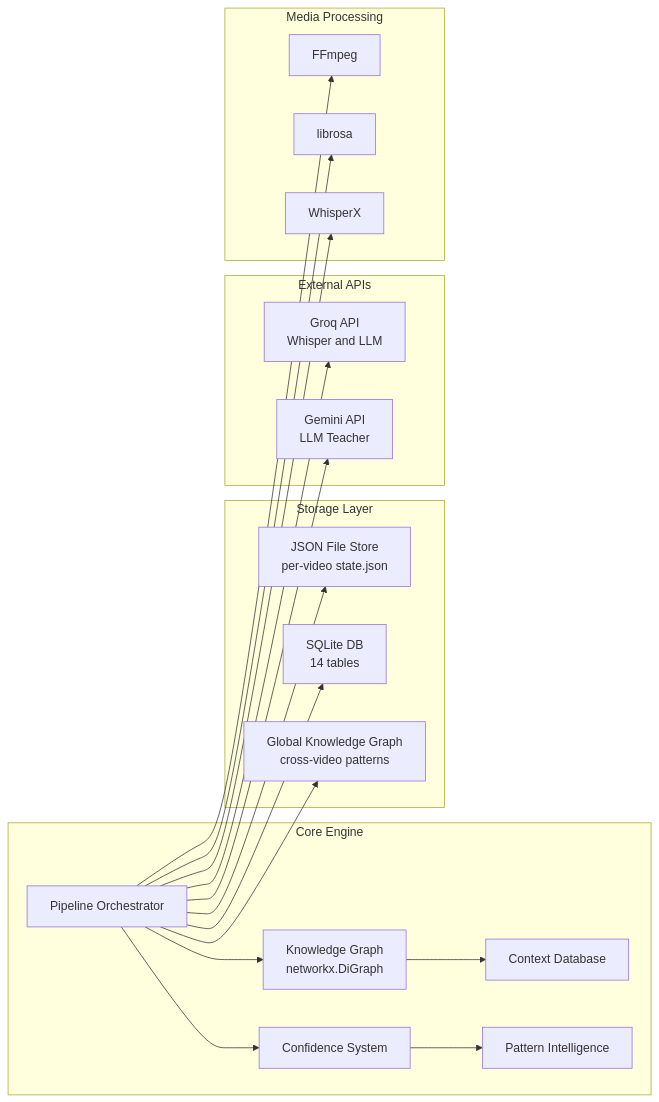
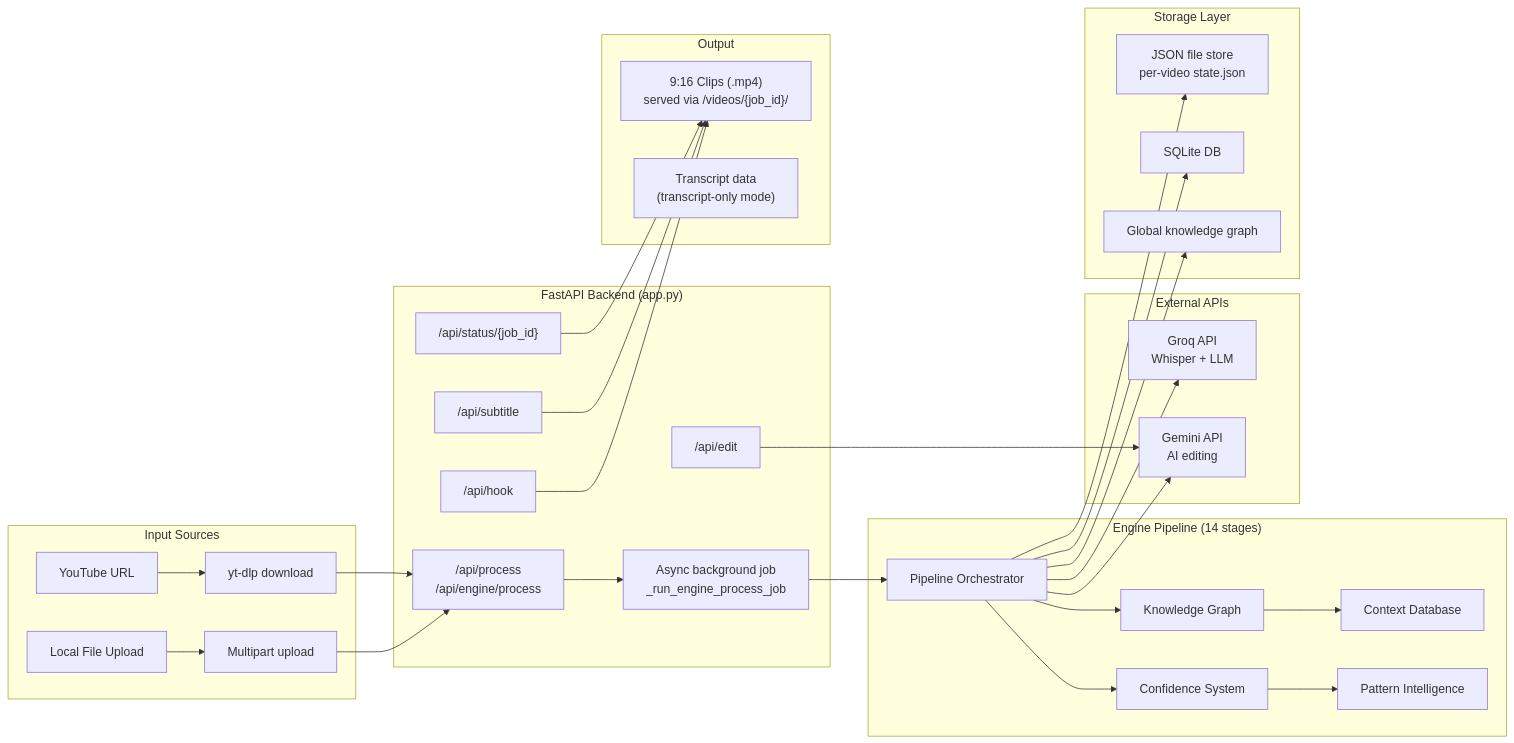
One commit to samm329-ui/Trimora changed the first of 5 diagrams in README.md. Above: the diagram before and after it, drawn with Mermaid. The commit also changed other lines of this file, not shown here.

Commit message:
docs: update README to reflect current codebase structure and API

````diff
--- a/README.md
+++ b/README.md
@@ -123,40 +99,57 @@
 ```mermaid
 flowchart LR
-    subgraph Core["Core Engine"]
+    subgraph Input["Input Sources"]
+        YT[YouTube URL] --> YDL[yt-dlp download]
+        FILE[Local File Upload] --> UPLOAD[Multipart upload]
+    end
+
+    subgraph API["FastAPI Backend (app.py)"]
+        EP["/api/process<br/>/api/engine/process"]
+        STATUS["/api/status/{job_id}"]
+        SUB["/api/subtitle"]
+        HOOK["/api/hook"]
+        EDIT["/api/edit"]
+        YDL --> EP
+        UPLOAD --> EP
+        EP --> ASYNC[Async background job<br/>_run_engine_process_job]
+    end
+
+    subgraph Engine["Engine Pipeline (14 stages)"]
         P[Pipeline Orchestrator]
-        KG[Knowledge Graph<br/>networkx.DiGraph]
+        KG[Knowledge Graph]
         CD[Context Database]
         CS[Confidence System]
         PI[Pattern Intelligence]
+        ASYNC --> P
+    end
+
+    subgraph External["External APIs"]
+        GROQ[Groq API<br/>Whisper + LLM]
+        GEMINI[Gemini API<br/>AI editing]
     end
 
     subgraph Storage["Storage Layer"]
-        JSON[JSON File Store<br/>per-video state.json]
-        SQL[SQLite DB<br/>14 tables]
-        GLOBAL[Global Knowledge Graph<br/>cross-video patterns]
+        JSON[JSON file store<br/>per-video state.json]
+        SQL[SQLite DB]
+        GLOBAL[Global knowledge graph]
     end
 
-    subgraph External["External APIs"]
-        GROQ[Groq API<br/>Whisper and LLM]
-        GEMINI[Gemini API<br/>LLM Teacher]
+    subgraph Output["Output"]
+        CLIPS["9:16 Clips (.mp4)<br/>served via /videos/{job_id}/"]
+        TRANS["Transcript data<br/>(transcript-only mode)"]
     end
 
-    subgraph Media["Media Processing"]
-        FF[FFmpeg]
-        LB[librosa]
-        WX[WhisperX]
-    end
-
-    P --> FF
-    P --> LB
-    P --> WX
     P --> GROQ
     P --> GEMINI
     P --> KG
     KG --> CD
     P --> CS
     CS --> PI
     P --> JSON
     P --> SQL
     P --> GLOBAL
+    STATUS --> CLIPS
+    SUB --> CLIPS
+    HOOK --> CLIPS
+    EDIT --> GEMINI
 ```
````
